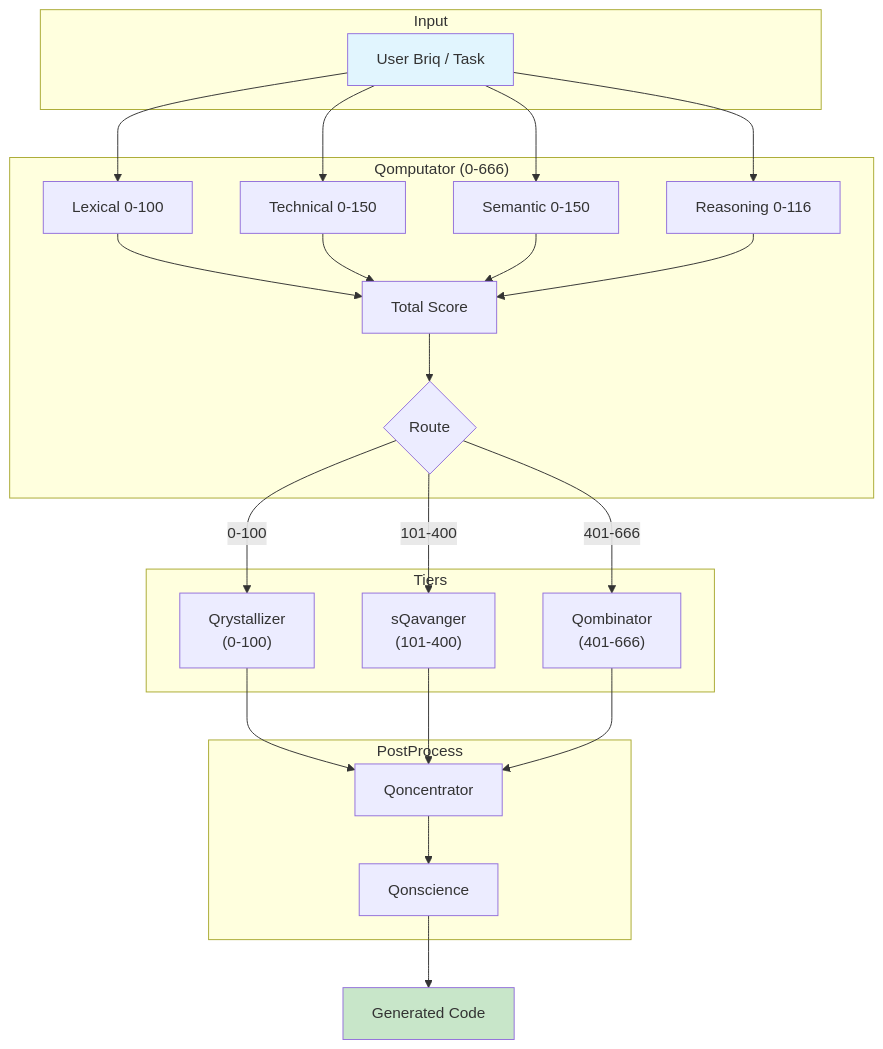
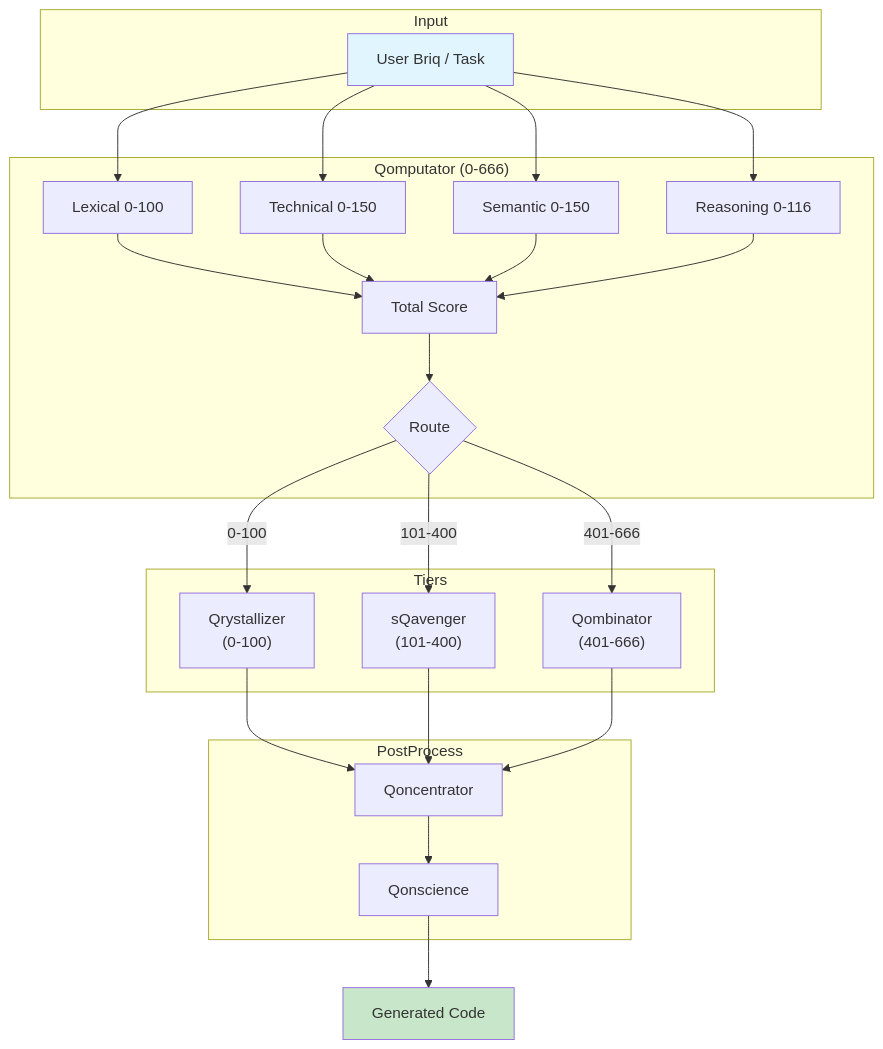
The first of 2 diagrams in doc/MINDSTAQ_ARCH.md (illdynamics/qonqrete), drawn with Mermaid before and after one commit. The commit also changed other lines of this file and 94 other files, not shown here.

````diff
--- a/doc/MINDSTAQ_ARCH.md
+++ b/doc/MINDSTAQ_ARCH.md
@@ -79,51 +79,51 @@
 ```mermaid
 flowchart TD
     subgraph Input
         BRIQ[User Briq / Task]
     end
 
     subgraph Scoring["Qomputator (0-666)"]
         LEX[Lexical 0-100]
         TECH[Technical 0-150]
         SEM[Semantic 0-150]
         REASON[Reasoning 0-116]
         TOTAL[Total Score]
         ROUTE{Route}
         
         LEX --> TOTAL
         TECH --> TOTAL
         SEM --> TOTAL
         REASON --> TOTAL
         TOTAL --> ROUTE
     end
 
     subgraph Tiers
         T0["Qrystallizer<br/>(0-100)"]
-        T1["sQavanger<br/>(101-400)"]
+        T1["sQavenger<br/>(101-400)"]
         T2["Qombinator<br/>(401-666)"]
     end
 
     subgraph PostProcess
         CONC[Qoncentrator]
         CONS[Qonscience]
     end
 
     BRIQ --> LEX
     BRIQ --> TECH
     BRIQ --> SEM
     BRIQ --> REASON
     
     ROUTE -->|0-100| T0
     ROUTE -->|101-400| T1
     ROUTE -->|401-666| T2
     
     T0 --> CONC
     T1 --> CONC
     T2 --> CONC
     
     CONC --> CONS
     CONS --> OUTPUT[Generated Code]
 
     style BRIQ fill:#e1f5fe
     style OUTPUT fill:#c8e6c9
 ```
````
